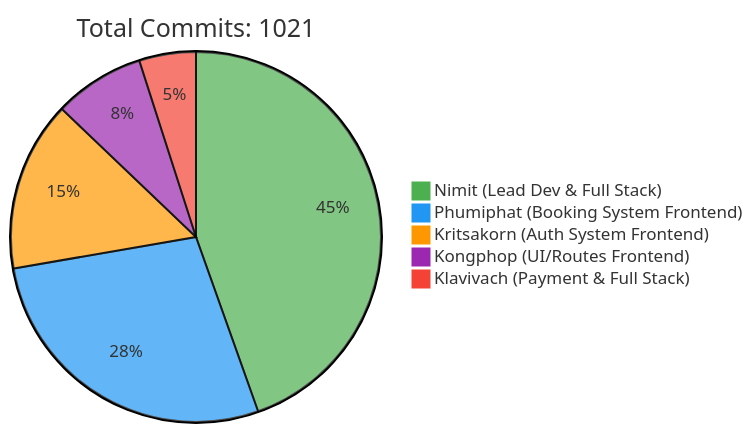
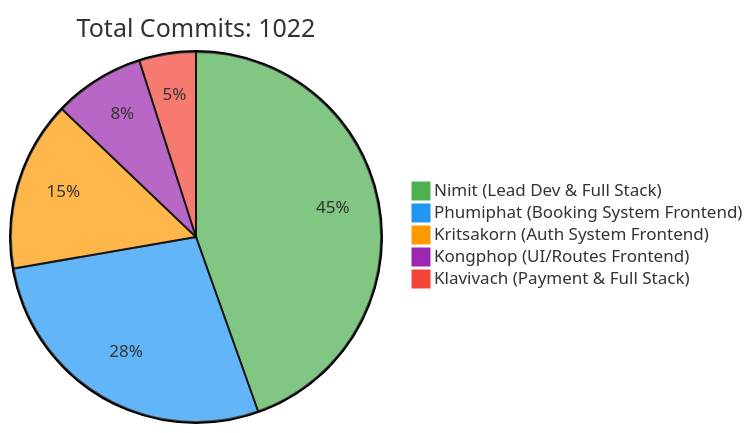
Before and after one commit to 6531503042/Sport-Complex: the first of 2 diagrams in README.md, drawn with Mermaid. The commit also changed other lines of this file, not shown here.

Commit message:
docs: Update contributor statistics [skip ci]

````diff
--- a/README.md
+++ b/README.md
@@ -240,10 +240,10 @@
 ```mermaid
 %%{init: {'theme': 'base', 'themeVariables': { 'pie1': '#4CAF50', 'pie2': '#2196F3', 'pie3': '#FF9800', 'pie4': '#9C27B0', 'pie5': '#F44336'}}}%%
 pie
-    title Total Commits: 1021
+    title Total Commits: 1022
     "Nimit (Lead Dev & Full Stack)" : 450
     "Phumiphat (Booking System Frontend)" : 280
     "Kritsakorn (Auth System Frontend)" : 150
     "Kongphop (UI/Routes Frontend)" : 80
     "Klavivach (Payment & Full Stack)" : 50
 ```
````
